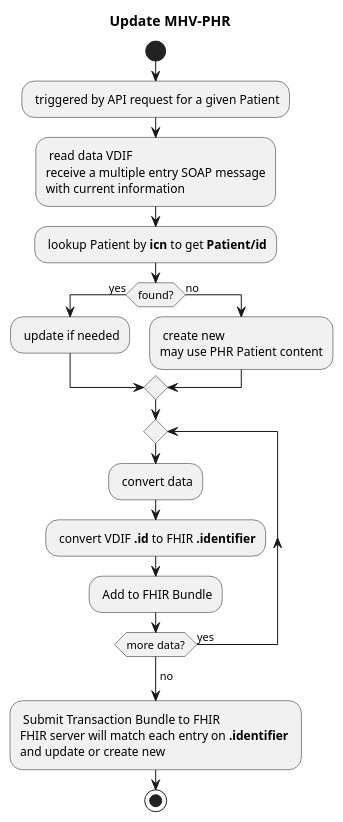
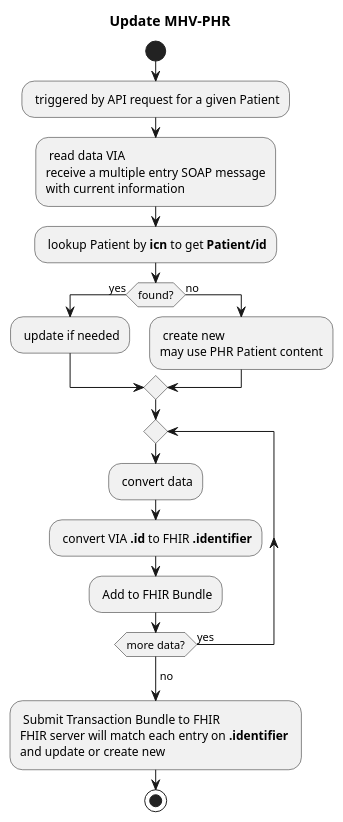
Before and after one commit to department-of-veterans-affairs/mhv-fhir-phr-mapping: the diagram in input/images-source/update-flow.plantuml, drawn with PlantUML. The commit also changed 1171 other files, not shown here.

```diff
--- a/input/images-source/update-flow.plantuml
+++ b/input/images-source/update-flow.plantuml
@@ -1,33 +1,33 @@
 @startuml
 title Update MHV-PHR
 
 
 start
 : triggered by API request for a given Patient;
 
-: read data VDIF
+: read data VIA
 receive a multiple entry SOAP message
 with current information;
 
 : lookup Patient by **icn** to get **Patient/id**;
 if (found?) then (yes)
   : update if needed;
 else (no)
   : create new
   may use PHR Patient content;
 endif 
 
 repeat
   : convert data;
-  : convert VDIF **.id** to FHIR **.identifier**;
+  : convert VIA **.id** to FHIR **.identifier**;
   : Add to FHIR Bundle;
 repeat while (more data?) is (yes)
 ->no;
 
 : Submit Transaction Bundle to FHIR
 FHIR server will match each entry on **.identifier** 
 and update or create new;
 
 stop
 
 @enduml
```
